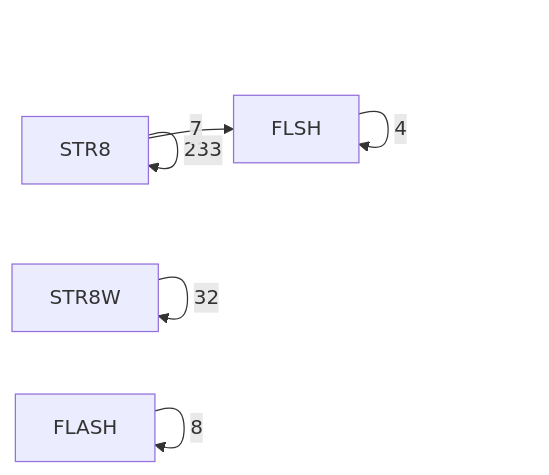
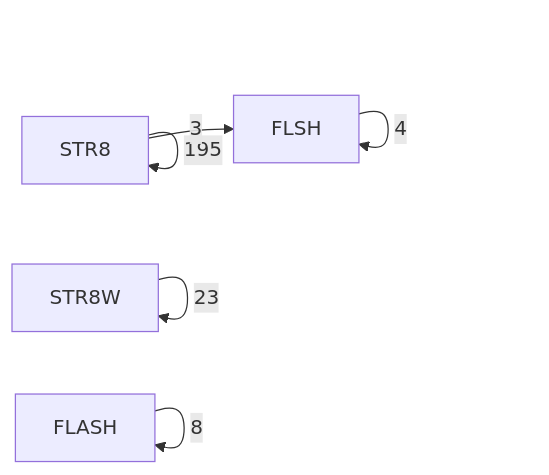
One commit to 95westus/R-YORS changed the fifth of 6 diagrams in DOC/GENERATED/ROUTINE_CLASS_DIAGRAM.md. Above: the diagram before and after it, drawn with Mermaid. The commit also changed other lines of this file and 35 other files, not shown here.

````diff
--- a/DOC/GENERATED/ROUTINE_CLASS_DIAGRAM.md
+++ b/DOC/GENERATED/ROUTINE_CLASS_DIAGRAM.md
@@ -78,8 +78,8 @@
 ```mermaid
 flowchart LR
-    P_STR8[STR8] -->|233| P_STR8[STR8]
-    P_STR8W[STR8W] -->|32| P_STR8W[STR8W]
+    P_STR8[STR8] -->|195| P_STR8[STR8]
+    P_STR8W[STR8W] -->|23| P_STR8W[STR8W]
     P_FLASH[FLASH] -->|8| P_FLASH[FLASH]
-    P_STR8[STR8] -->|7| P_FLSH[FLSH]
     P_FLSH[FLSH] -->|4| P_FLSH[FLSH]
+    P_STR8[STR8] -->|3| P_FLSH[FLSH]
 ```
````
